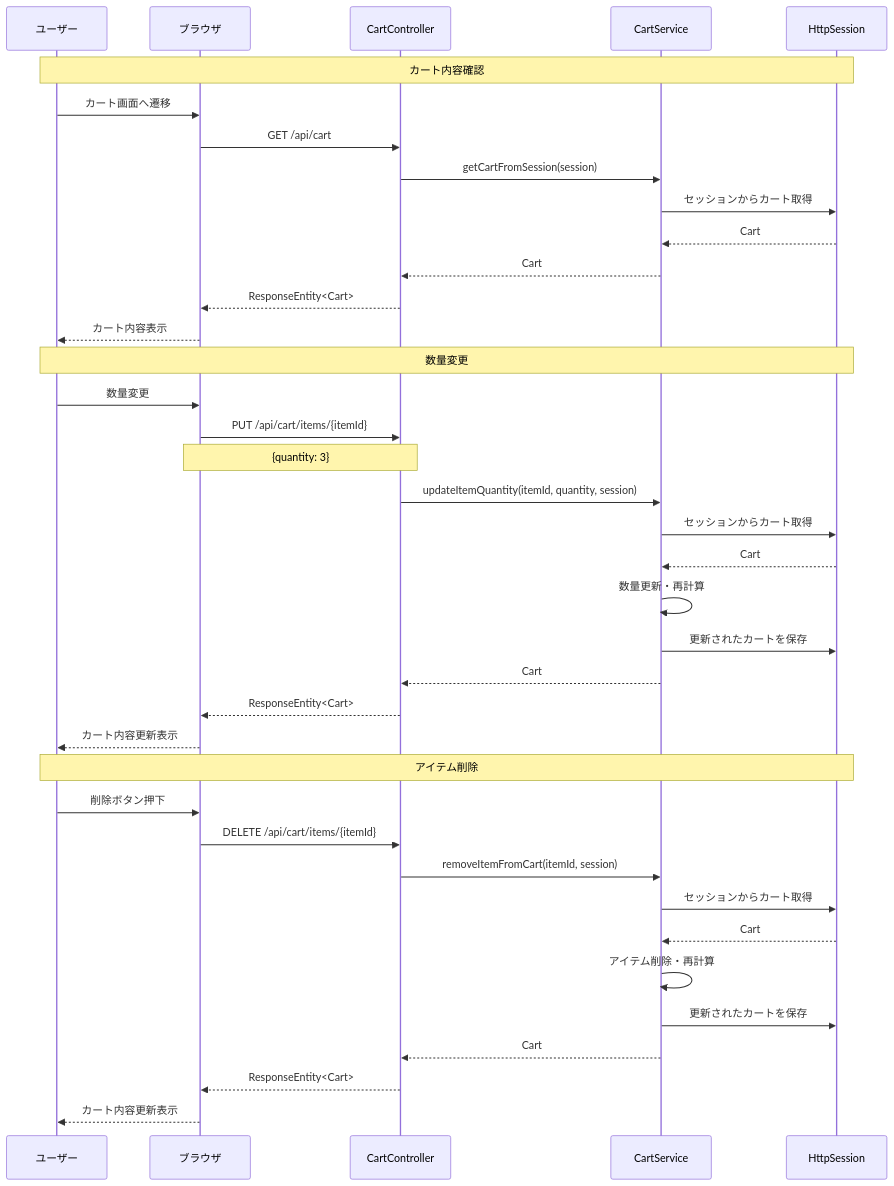
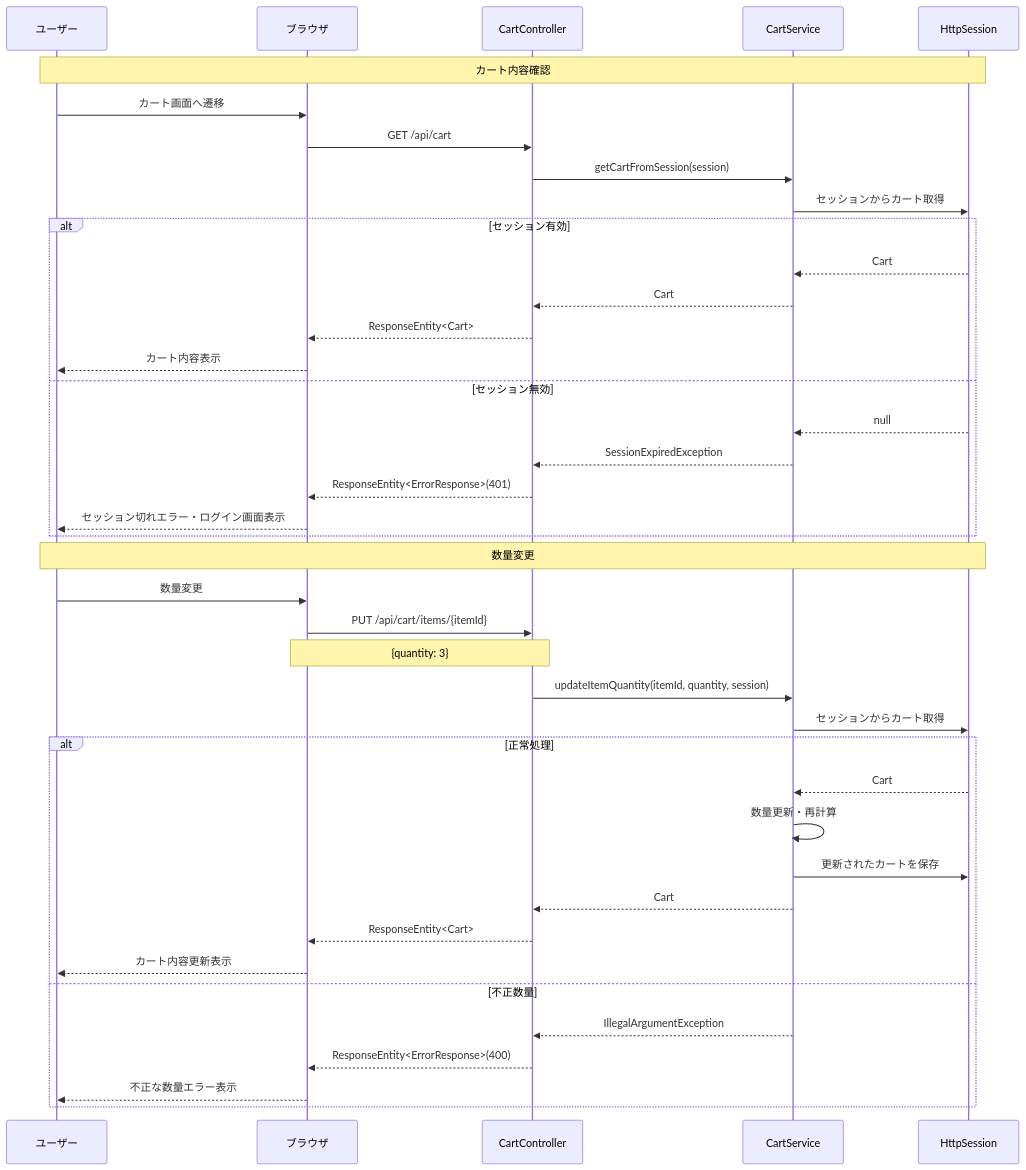
Before and after one commit to shogomaeda758/Bacon: the sixth of 17 diagrams in 詳細設計/3_sequence.md, drawn with Mermaid. The commit also changed other lines of this file, not shown here.

Commit message:
シーケンス図の修正

````diff
--- a/詳細設計/3_sequence.md
+++ b/詳細設計/3_sequence.md
@@ -157,43 +198,46 @@
 ```mermaid
 sequenceDiagram
     participant U as ユーザー
     participant B as ブラウザ
     participant CC as CartController
     participant CS as CartService
     participant S as HttpSession
 
     Note over U,S: カート内容確認
     U->>B: カート画面へ遷移
     B->>CC: GET /api/cart
     CC->>CS: getCartFromSession(session)
     CS->>S: セッションからカート取得
-    S-->>CS: Cart
-    CS-->>CC: Cart
-    CC-->>B: ResponseEntity<Cart>
-    B-->>U: カート内容表示
+    
+    alt セッション有効
+        S-->>CS: Cart
+        CS-->>CC: Cart
+        CC-->>B: ResponseEntity<Cart>
+        B-->>U: カート内容表示
+    else セッション無効
+        S-->>CS: null
+        CS-->>CC: SessionExpiredException
+        CC-->>B: ResponseEntity<ErrorResponse>(401)
+        B-->>U: セッション切れエラー・ログイン画面表示
+    end
 
     Note over U,S: 数量変更
     U->>B: 数量変更
     B->>CC: PUT /api/cart/items/{itemId}
     Note over B,CC: {quantity: 3}
     CC->>CS: updateItemQuantity(itemId, quantity, session)
     CS->>S: セッションからカート取得
-    S-->>CS: Cart
-    CS->>CS: 数量更新・再計算
-    CS->>S: 更新されたカートを保存
-    CS-->>CC: Cart
-    CC-->>B: ResponseEntity<Cart>
-    B-->>U: カート内容更新表示
-
-    Note over U,S: アイテム削除
-    U->>B: 削除ボタン押下
-    B->>CC: DELETE /api/cart/items/{itemId}
-    CC->>CS: removeItemFromCart(itemId, session)
-    CS->>S: セッションからカート取得
-    S-->>CS: Cart
-    CS->>CS: アイテム削除・再計算
-    CS->>S: 更新されたカートを保存
-    CS-->>CC: Cart
-    CC-->>B: ResponseEntity<Cart>
-    B-->>U: カート内容更新表示
+    
+    alt 正常処理
+        S-->>CS: Cart
+        CS->>CS: 数量更新・再計算
+        CS->>S: 更新されたカートを保存
+        CS-->>CC: Cart
+        CC-->>B: ResponseEntity<Cart>
+        B-->>U: カート内容更新表示
+    else 不正数量
+        CS-->>CC: IllegalArgumentException
+        CC-->>B: ResponseEntity<ErrorResponse>(400)
+        B-->>U: 不正な数量エラー表示
+    end
 ```
````
